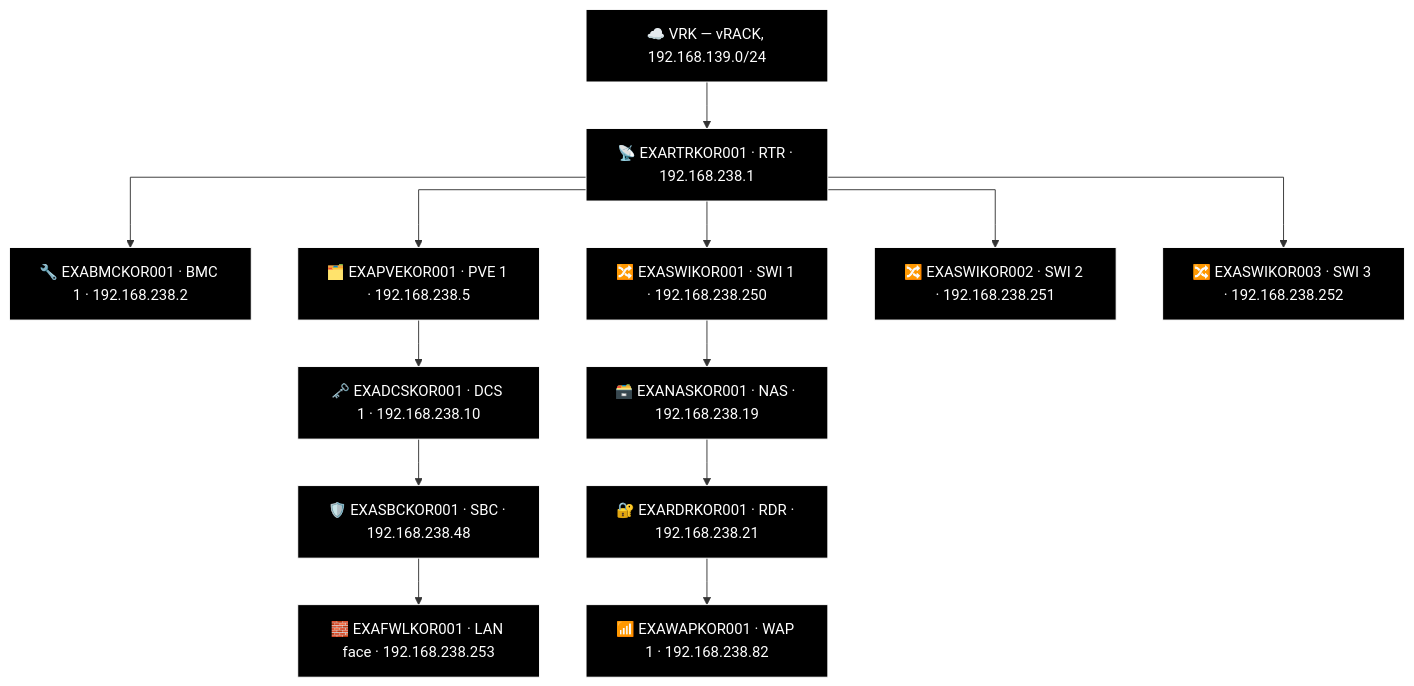
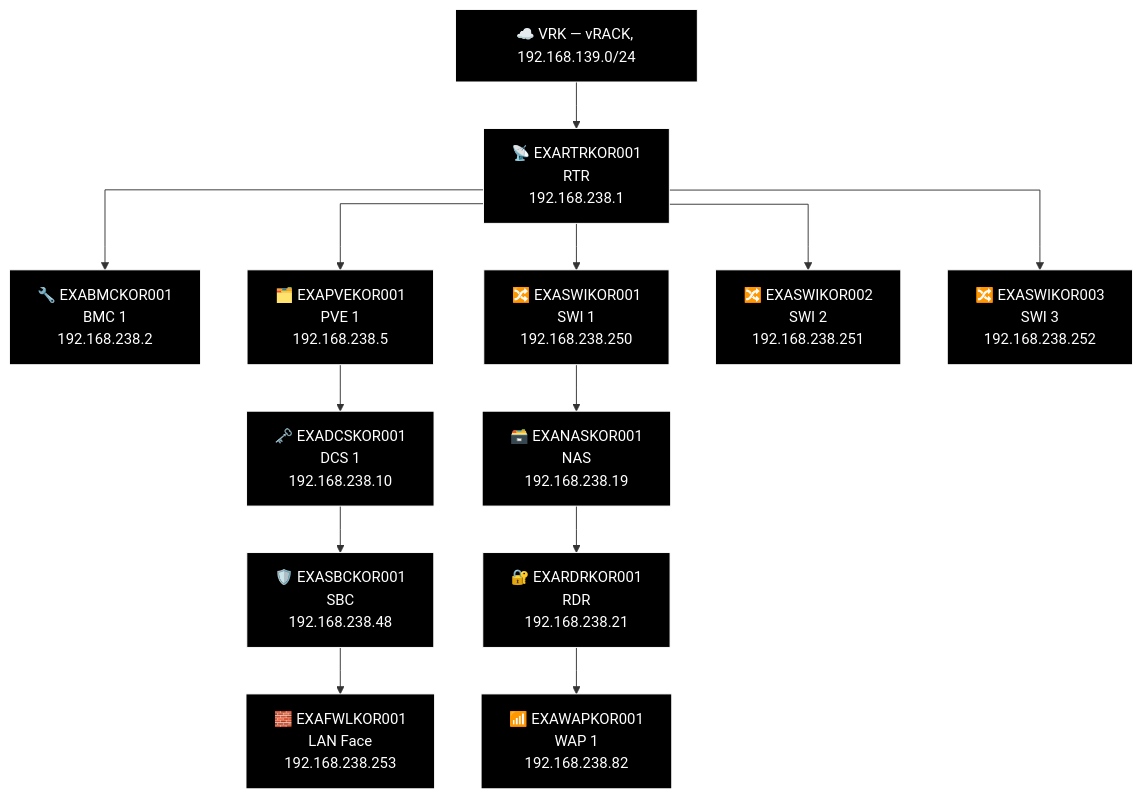
Before and after one commit to knightmare2600/example_music_infra: the tenth of 18 diagrams in docs/network-diagram/danmark.md, drawn with Mermaid. The commit also changed other lines of this file and 18 other files, not shown here.

````diff
--- a/docs/network-diagram/danmark.md
+++ b/docs/network-diagram/danmark.md
@@ -387,40 +387,40 @@
 ```mermaid
 %% GENERATED:TOPOLOGY:KOR:START
 %%{init: {'flowchart': {'curve': 'stepAfter'}}}%%
 graph TD
     T_VRK["☁️ VRK — vRACK, 192.168.139.0/24"]
-    T_RTR["📡 EXARTRKOR001 · RTR · 192.168.238.1"]
+    T_RTR["📡 EXARTRKOR001<br/>RTR<br/>192.168.238.1"]
     T_VRK --> T_RTR
-    T_BMC["🔧 EXABMCKOR001 · BMC 1 · 192.168.238.2"]
+    T_BMC["🔧 EXABMCKOR001<br/>BMC 1<br/>192.168.238.2"]
     T_RTR --> T_BMC
-    T_PVE["🗂️ EXAPVEKOR001 · PVE 1 · 192.168.238.5"]
+    T_PVE["🗂️ EXAPVEKOR001<br/>PVE 1<br/>192.168.238.5"]
     T_RTR --> T_PVE
-    T_SWI["🔀 EXASWIKOR001 · SWI 1 · 192.168.238.250"]
+    T_SWI["🔀 EXASWIKOR001<br/>SWI 1<br/>192.168.238.250"]
     T_RTR --> T_SWI
-    T_SWI2["🔀 EXASWIKOR002 · SWI 2 · 192.168.238.251"]
+    T_SWI2["🔀 EXASWIKOR002<br/>SWI 2<br/>192.168.238.251"]
     T_RTR --> T_SWI2
-    T_SWI3["🔀 EXASWIKOR003 · SWI 3 · 192.168.238.252"]
+    T_SWI3["🔀 EXASWIKOR003<br/>SWI 3<br/>192.168.238.252"]
     T_RTR --> T_SWI3
-    T_NAS["🗃️ EXANASKOR001 · NAS · 192.168.238.19"]
-    T_RDR["🔐 EXARDRKOR001 · RDR · 192.168.238.21"]
-    T_WAP["📶 EXAWAPKOR001 · WAP 1 · 192.168.238.82"]
+    T_NAS["🗃️ EXANASKOR001<br/>NAS<br/>192.168.238.19"]
+    T_RDR["🔐 EXARDRKOR001<br/>RDR<br/>192.168.238.21"]
+    T_WAP["📶 EXAWAPKOR001<br/>WAP 1<br/>192.168.238.82"]
     T_SWI --> T_NAS --> T_RDR --> T_WAP
-    T_DCS["🗝️ EXADCSKOR001 · DCS 1 · 192.168.238.10"]
-    T_SBC["🛡️ EXASBCKOR001 · SBC · 192.168.238.48"]
-    T_FWL["🧱 EXAFWLKOR001 · LAN face · 192.168.238.253"]
+    T_DCS["🗝️ EXADCSKOR001<br/>DCS 1<br/>192.168.238.10"]
+    T_SBC["🛡️ EXASBCKOR001<br/>SBC<br/>192.168.238.48"]
+    T_FWL["🧱 EXAFWLKOR001<br/>LAN Face<br/>192.168.238.253"]
     T_PVE --> T_DCS --> T_SBC --> T_FWL
     style T_VRK fill:#000000,stroke:#FFFFFF,color:#FFFFFF
     style T_RTR fill:#000000,stroke:#FFFFFF,color:#FFFFFF
     style T_BMC fill:#000000,stroke:#FFFFFF,color:#FFFFFF
     style T_PVE fill:#000000,stroke:#FFFFFF,color:#FFFFFF
     style T_SWI fill:#000000,stroke:#FFFFFF,color:#FFFFFF
     style T_SWI2 fill:#000000,stroke:#FFFFFF,color:#FFFFFF
     style T_SWI3 fill:#000000,stroke:#FFFFFF,color:#FFFFFF
     style T_NAS fill:#000000,stroke:#FFFFFF,color:#FFFFFF
     style T_RDR fill:#000000,stroke:#FFFFFF,color:#FFFFFF
     style T_WAP fill:#000000,stroke:#FFFFFF,color:#FFFFFF
     style T_DCS fill:#000000,stroke:#FFFFFF,color:#FFFFFF
     style T_SBC fill:#000000,stroke:#FFFFFF,color:#FFFFFF
     style T_FWL fill:#000000,stroke:#FFFFFF,color:#FFFFFF
 %% GENERATED:TOPOLOGY:KOR:END
 ```
````
